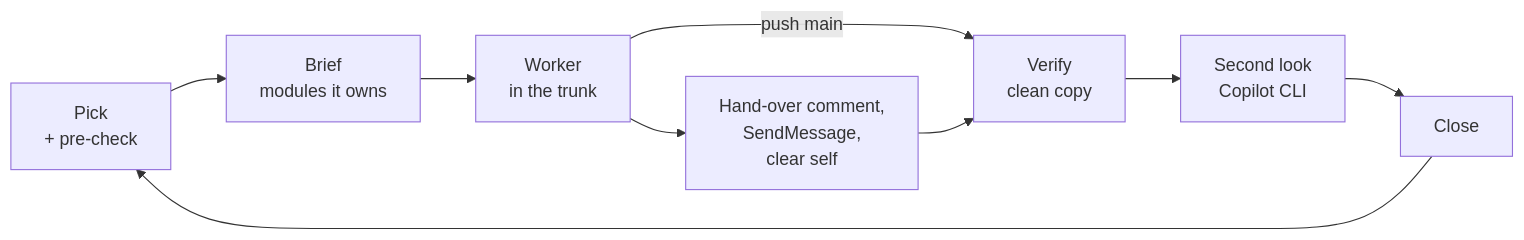
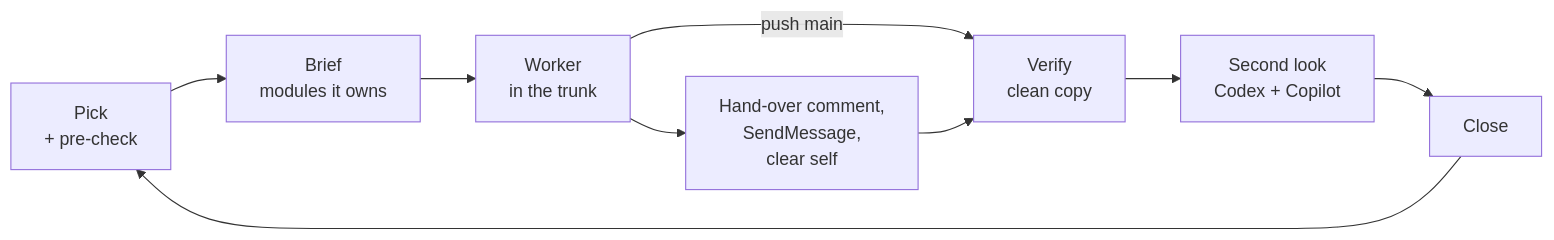
Before and after one commit to abossard/bossylights: the second of 3 diagrams in docs/agents/orchestration.md, drawn with Mermaid. The commit also changed other lines of this file and 19 other files, not shown here.

````diff
--- a/docs/agents/orchestration.md
+++ b/docs/agents/orchestration.md
@@ -30,6 +30,6 @@
 ```mermaid
 flowchart LR
   P["Pick<br/>+ pre-check"] --> B["Brief<br/>modules it owns"] --> W["Worker<br/>in the trunk"] --> H["Hand-over comment,<br/>SendMessage,<br/>clear self"]
-  W -- "push main" --> V["Verify<br/>clean copy"] --> D["Second look<br/>Copilot CLI"] --> C["Close"] --> P
+  W -- "push main" --> V["Verify<br/>clean copy"] --> D["Second look<br/>Codex + Copilot"] --> C["Close"] --> P
   H --> V
 ```
````
